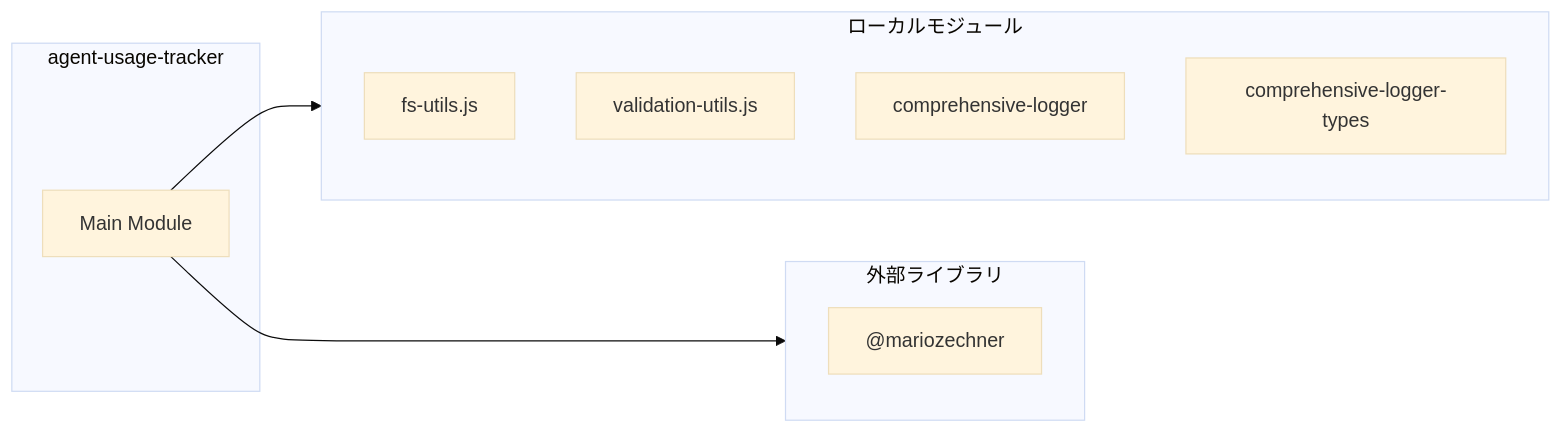
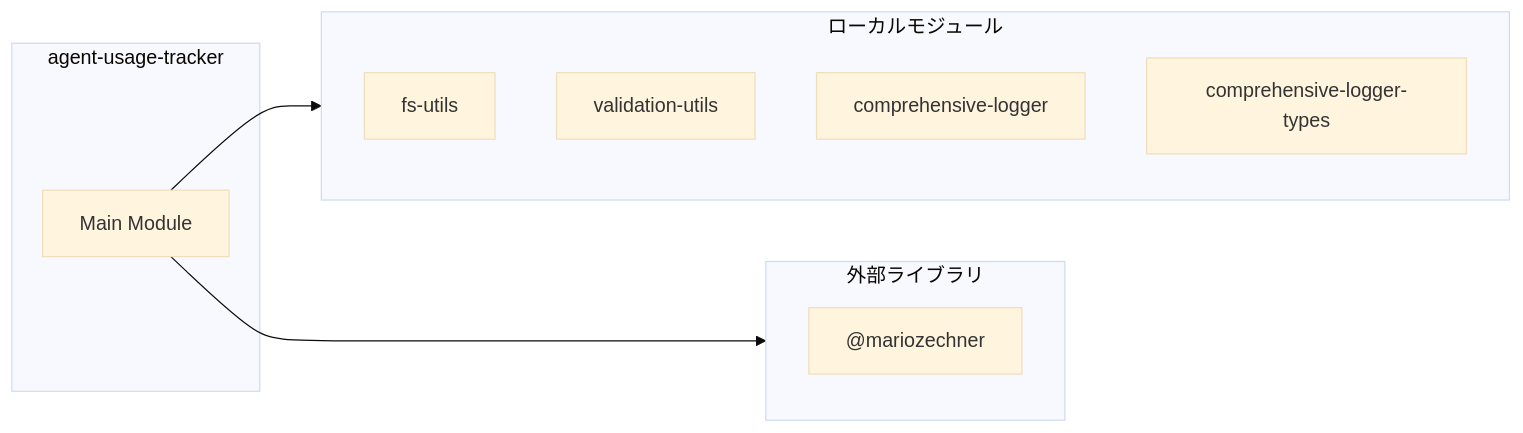
One commit to Mekann2904/mekann changed the second of 2 diagrams in ABDD/.pi/extensions/agent-usage-tracker.md. Above: the diagram before and after it, drawn with Mermaid (base theme). The commit also changed other lines of this file and 174 other files, not shown here.

First line of the commit message:
fix(docs): ABDDのMermaid図生成エラーを修正する

````diff
--- a/ABDD/.pi/extensions/agent-usage-tracker.md
+++ b/ABDD/.pi/extensions/agent-usage-tracker.md
@@ -103,18 +103,18 @@
 ```mermaid
 flowchart LR
   subgraph this[agent-usage-tracker]
     main[Main Module]
   end
   subgraph local[ローカルモジュール]
-    fs_utils_js["fs-utils.js"]
-    validation_utils_js["validation-utils.js"]
+    fs_utils["fs-utils"]
+    validation_utils["validation-utils"]
     comprehensive_logger["comprehensive-logger"]
     comprehensive_logger_types["comprehensive-logger-types"]
   end
   main --> local
   subgraph external[外部ライブラリ]
     _mariozechner["@mariozechner"]
     _mariozechner["@mariozechner"]
   end
   main --> external
 ```
````
